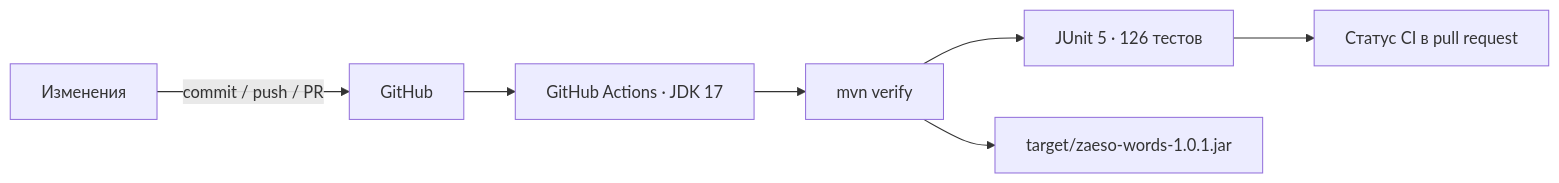
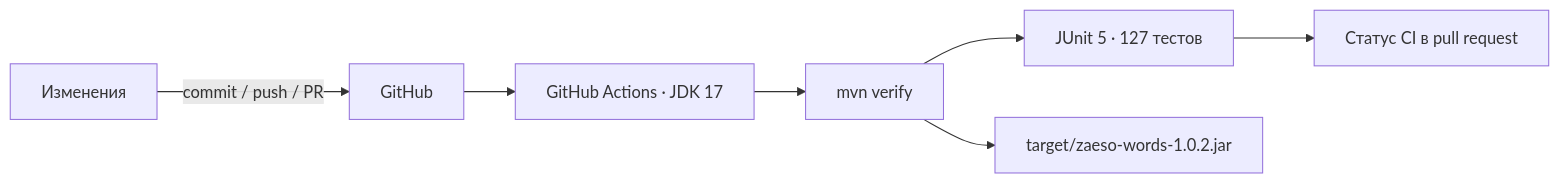
The third of 4 diagrams in zaeso-Words-Roadmap.md (zaeso/zaeso-Words), drawn with Mermaid before and after one commit. The commit also changed other lines of this file and 5 other files, not shown here.

````diff
--- a/zaeso-Words-Roadmap.md
+++ b/zaeso-Words-Roadmap.md
@@ -253,9 +259,9 @@
 ```mermaid
 flowchart LR
     DEV["Изменения"] -->|"commit / push / PR"| GH["GitHub"]
     GH --> CI["GitHub Actions · JDK 17"]
     CI --> MVN["mvn verify"]
-    MVN --> TESTS["JUnit 5 · 126 тестов"]
-    MVN --> JAR["target/zaeso-words-1.0.1.jar"]
+    MVN --> TESTS["JUnit 5 · 127 тестов"]
+    MVN --> JAR["target/zaeso-words-1.0.2.jar"]
     TESTS --> STATUS["Статус CI в pull request"]
 ```
````
